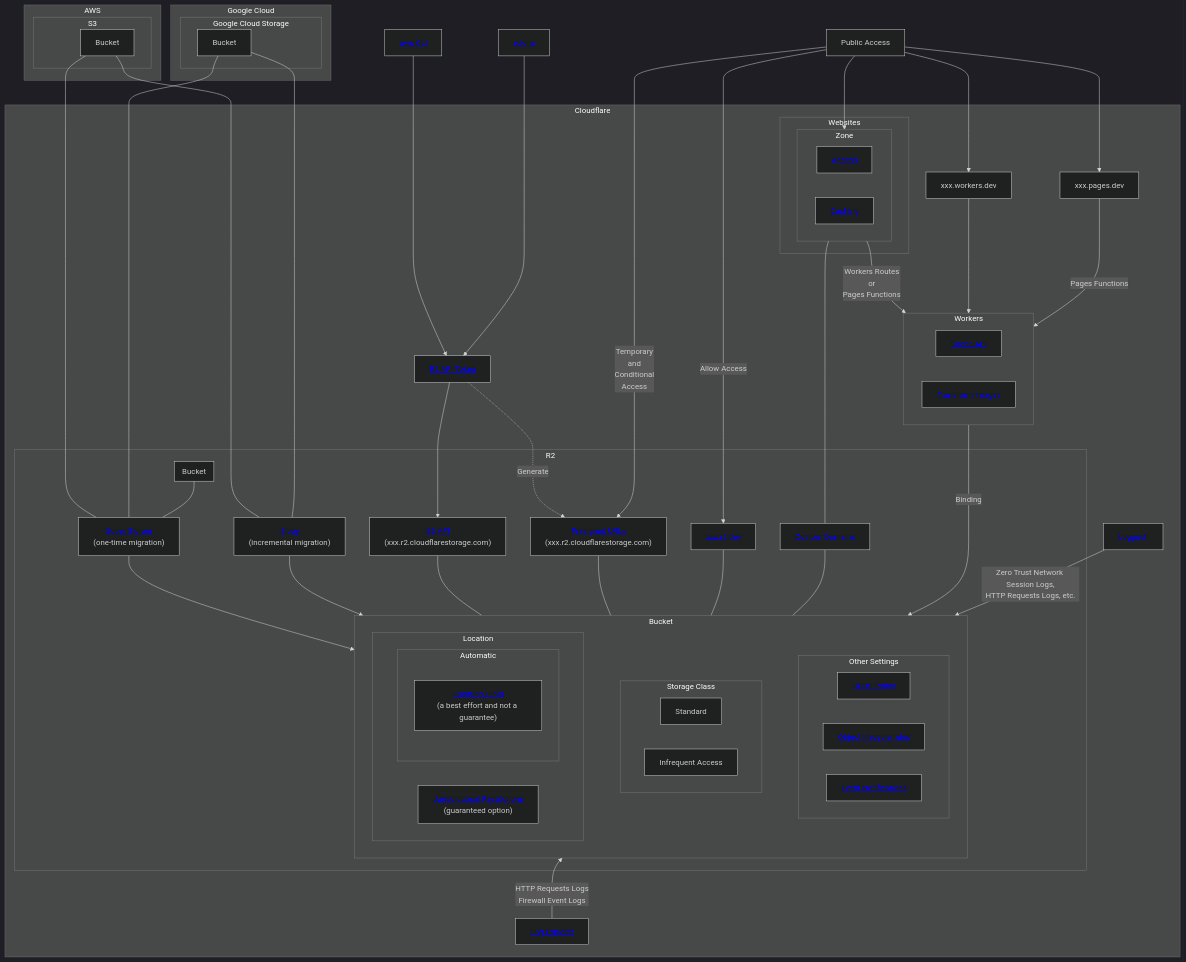
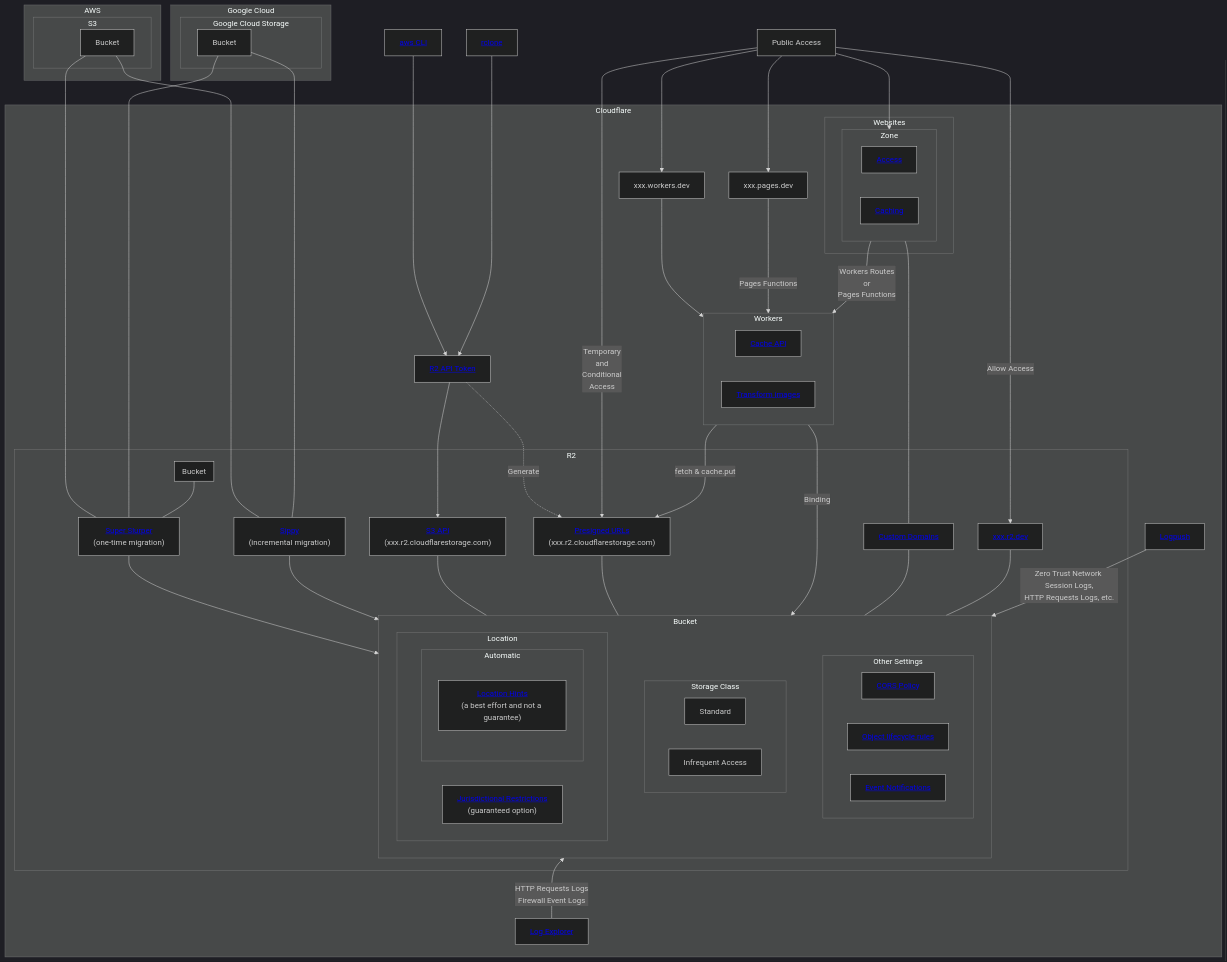
The diagram in r2-feature-and-integration.md (kyouheicf/cloudflare-mermaid-diagrams), drawn with Mermaid (dark theme) before and after one commit.

````diff
--- a/r2-feature-and-integration.md
+++ b/r2-feature-and-integration.md
@@ -75,11 +75,14 @@
 Token -..-> |Generate|presigned
 Public --> |Temporary<br>and<br>Conditional<br>Access|presigned --- R2Bucket
 
-Public --> |Allow Access|R2DEV --- R2Bucket
+WDEV --> Workers ----> |Binding|R2Bucket
+Public --> PDEV --> |Pages Functions|Workers
 Public[Public Access] --> Domain ----- Custom --- R2Bucket
 Domain --> |Workers Routes<br>or<br>Pages Functions|Workers
-Public --> WDEV --> Workers ----> |Binding|R2Bucket
-Public --> PDEV --> |Pages Functions|Workers
+Public --> WDEV
+
+Workers --> |fetch & cache.put|presigned
+Public --> |Allow Access|R2DEV --- R2Bucket
 Logpush --> |Zero Trust Network Session Logs,<br>HTTP Requests Logs, etc.|R2Bucket
 
 ```
````
